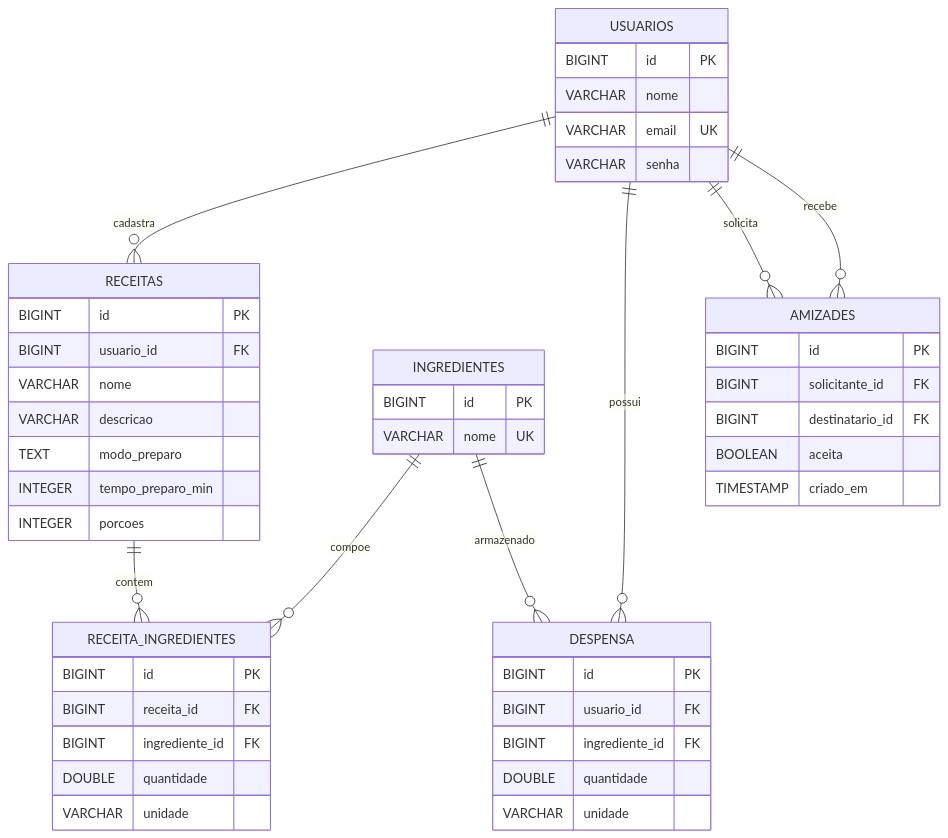
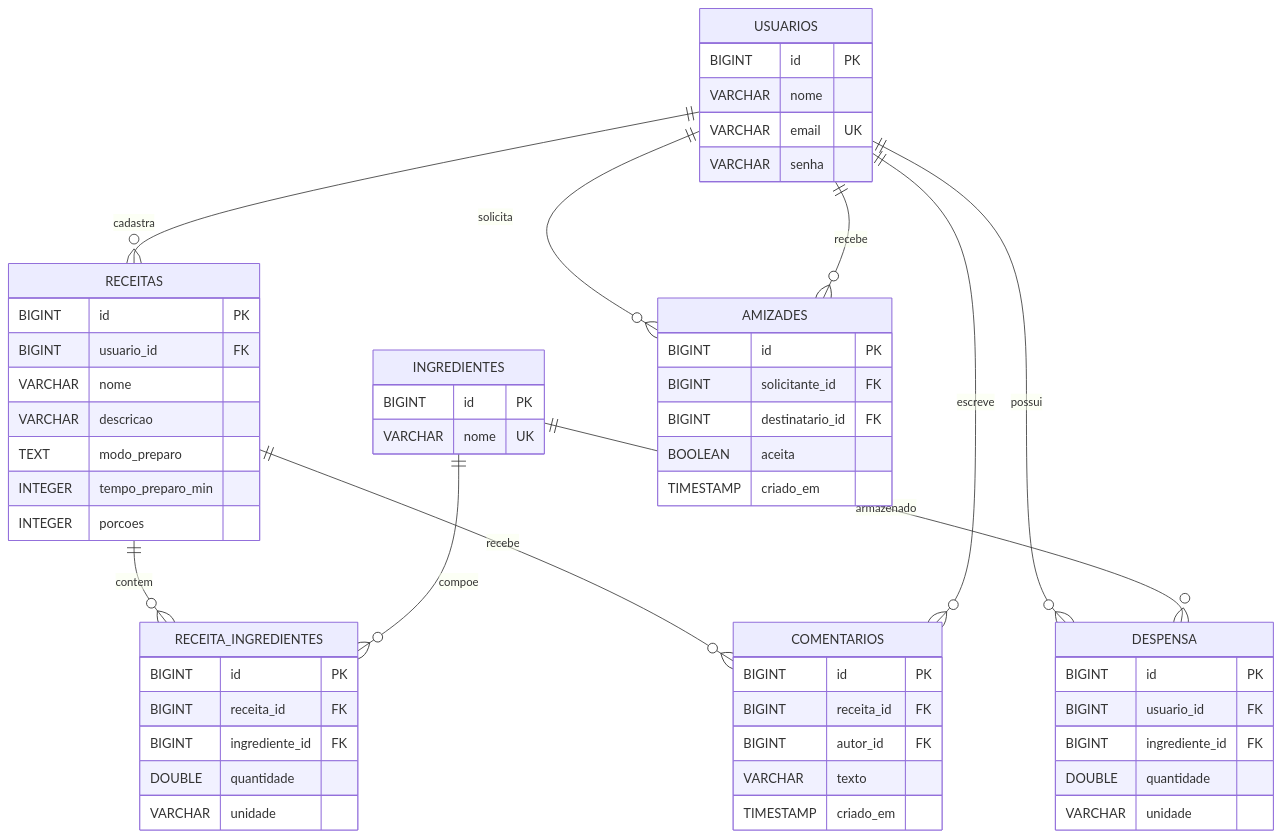
Before and after one commit to LeoDG20/cozinha-em-dia: the diagram in docs/MODELAGEM.md, drawn with Mermaid. The commit also changed other lines of this file and 2 other files, not shown here.

Commit message:
Documenta internacionalização, comentários e a divisão em camadas com injeção de dependências

````diff
--- a/docs/MODELAGEM.md
+++ b/docs/MODELAGEM.md
@@ -5,51 +5,60 @@
 ```mermaid
 erDiagram
     USUARIOS ||--o{ RECEITAS : cadastra
     RECEITAS ||--o{ RECEITA_INGREDIENTES : contem
     INGREDIENTES ||--o{ RECEITA_INGREDIENTES : compoe
     USUARIOS ||--o{ DESPENSA : possui
     INGREDIENTES ||--o{ DESPENSA : armazenado
     USUARIOS ||--o{ AMIZADES : solicita
     USUARIOS ||--o{ AMIZADES : recebe
+    RECEITAS ||--o{ COMENTARIOS : recebe
+    USUARIOS ||--o{ COMENTARIOS : escreve
 
     USUARIOS {
       BIGINT id PK
       VARCHAR nome
       VARCHAR email UK
       VARCHAR senha
     }
     AMIZADES {
       BIGINT id PK
       BIGINT solicitante_id FK
       BIGINT destinatario_id FK
       BOOLEAN aceita
+      TIMESTAMP criado_em
+    }
+    COMENTARIOS {
+      BIGINT id PK
+      BIGINT receita_id FK
+      BIGINT autor_id FK
+      VARCHAR texto
       TIMESTAMP criado_em
     }
     RECEITAS {
       BIGINT id PK
       BIGINT usuario_id FK
       VARCHAR nome
       VARCHAR descricao
       TEXT modo_preparo
       INTEGER tempo_preparo_min
       INTEGER porcoes
     }
     INGREDIENTES {
       BIGINT id PK
       VARCHAR nome UK
     }
     RECEITA_INGREDIENTES {
       BIGINT id PK
       BIGINT receita_id FK
       BIGINT ingrediente_id FK
       DOUBLE quantidade
       VARCHAR unidade
     }
     DESPENSA {
       BIGINT id PK
       BIGINT usuario_id FK
       BIGINT ingrediente_id FK
       DOUBLE quantidade
       VARCHAR unidade
     }
 ```
````
